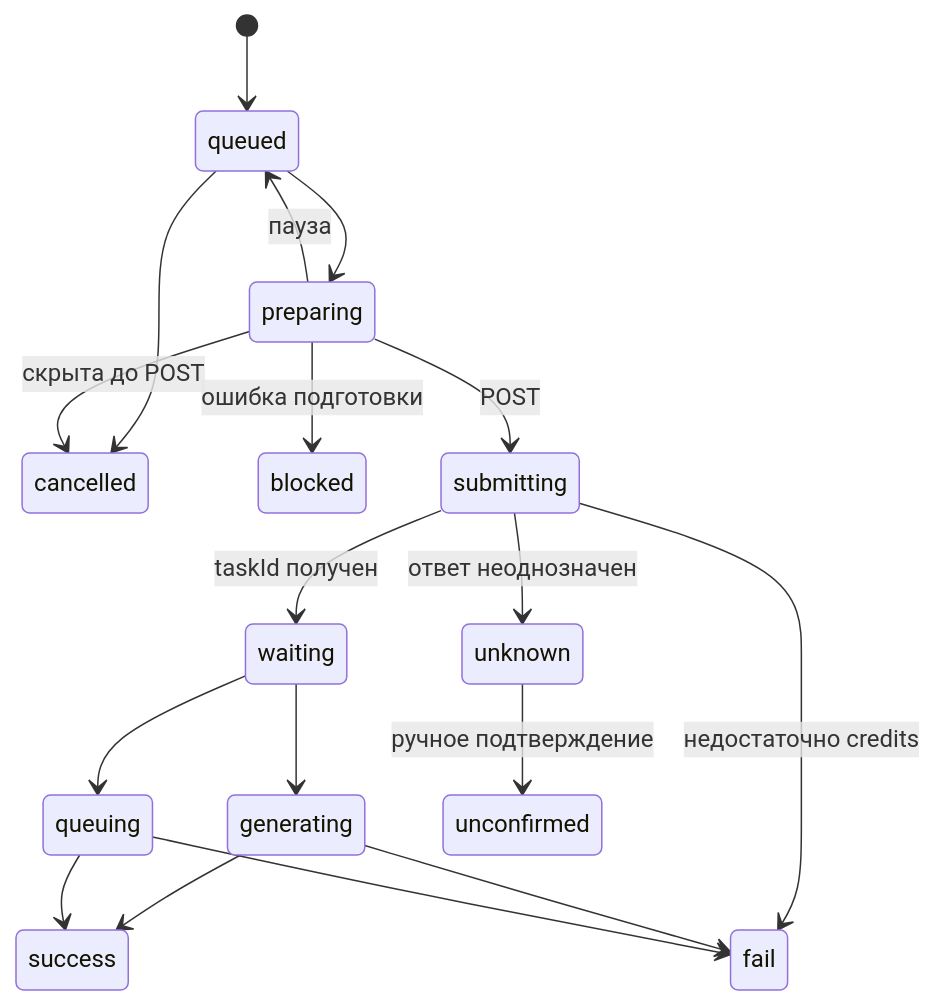
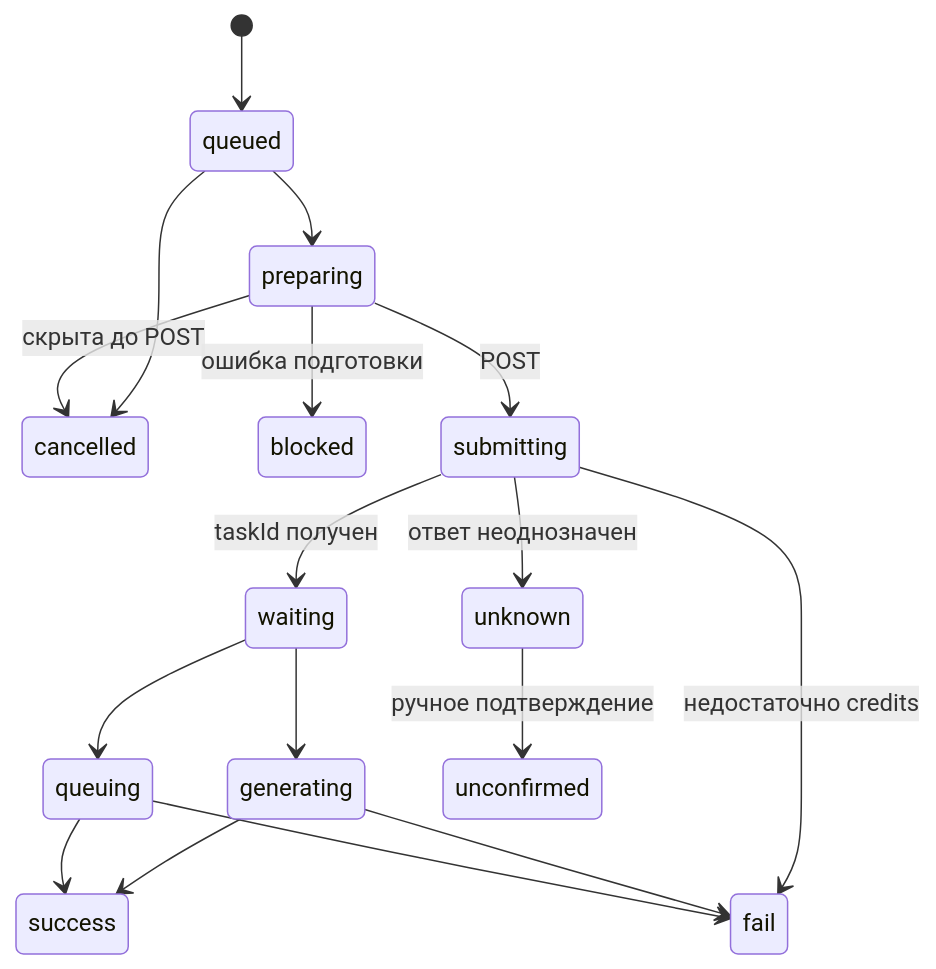
Before and after one commit to sidindeep/ai-media-client: the diagram in tools/project-memory/specs/features/generation-queue.md, drawn with Mermaid. The commit also changed other lines of this file and 44 other files, not shown here.

````diff
--- a/tools/project-memory/specs/features/generation-queue.md
+++ b/tools/project-memory/specs/features/generation-queue.md
@@ -15,20 +16,19 @@
 ```mermaid
 stateDiagram-v2
   [*] --> queued
   queued --> preparing
   queued --> cancelled
-  preparing --> queued: пауза
   preparing --> cancelled: скрыта до POST
   preparing --> blocked: ошибка подготовки
   preparing --> submitting: POST
   submitting --> waiting: taskId получен
   submitting --> unknown: ответ неоднозначен
   submitting --> fail: недостаточно credits
   waiting --> generating
   waiting --> queuing
   generating --> success
   generating --> fail
   queuing --> success
   queuing --> fail
   unknown --> unconfirmed: ручное подтверждение
 ```
````
